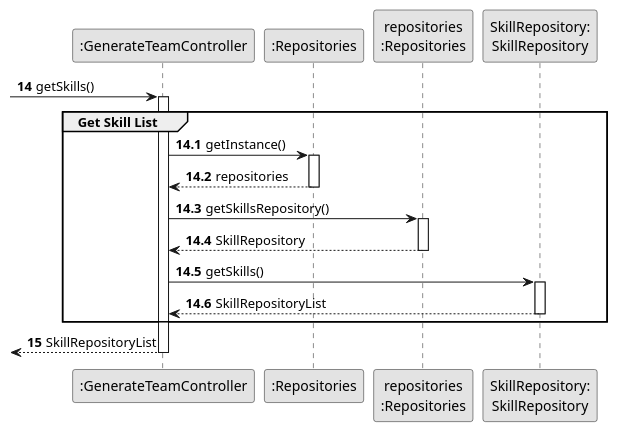
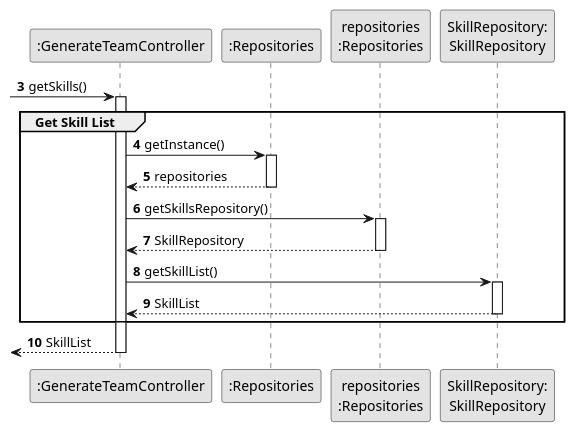
One commit to SAEmanuel/Green_Spaces_Management_ISEP changed the diagram in docs/sprintB/us005/03.design/puml/us005-sequence-diagram-partial-get-skill-list.puml. Above: the diagram before and after it, drawn with PlantUML. The commit also changed 5 other files, not shown here.

```diff
--- a/docs/sprintB/us005/03.design/puml/us005-sequence-diagram-partial-get-skill-list.puml
+++ b/docs/sprintB/us005/03.design/puml/us005-sequence-diagram-partial-get-skill-list.puml
@@ -1,43 +1,42 @@
 @startuml
 skinparam monochrome true
 skinparam packageStyle rectangle
 skinparam shadowing false
 
 
 
 'hide footbox
 participant ":GenerateTeamController" as CTRL
 participant ":Repositories" as RepositorySingleton
 participant "repositories\n:Repositories" as PLAT
 participant "SkillRepository:\nSkillRepository" as SkillRepository
 
-autonumber 14
+autonumber 3
 -> CTRL : getSkills()
-autonumber 14.1
+
 
     group Get Skill List
             activate CTRL
 
                 CTRL -> RepositorySingleton : getInstance()
                 activate RepositorySingleton
 
                     RepositorySingleton --> CTRL: repositories
                 deactivate RepositorySingleton
 
                 CTRL -> PLAT : getSkillsRepository()
                 activate PLAT
 
                     PLAT --> CTRL: SkillRepository
                 deactivate PLAT
 
-                CTRL -> SkillRepository : getSkills()
+                CTRL -> SkillRepository : getSkillList()
                 activate SkillRepository
 
-                    SkillRepository --> CTRL : SkillRepositoryList
+                    SkillRepository --> CTRL : SkillList
                 deactivate SkillRepository
     end
-            autonumber 15
-                <-- CTRL : SkillRepositoryList
-            deactivate CTRL
+        <-- CTRL : SkillList
+    deactivate CTRL
 
 @enduml
```
